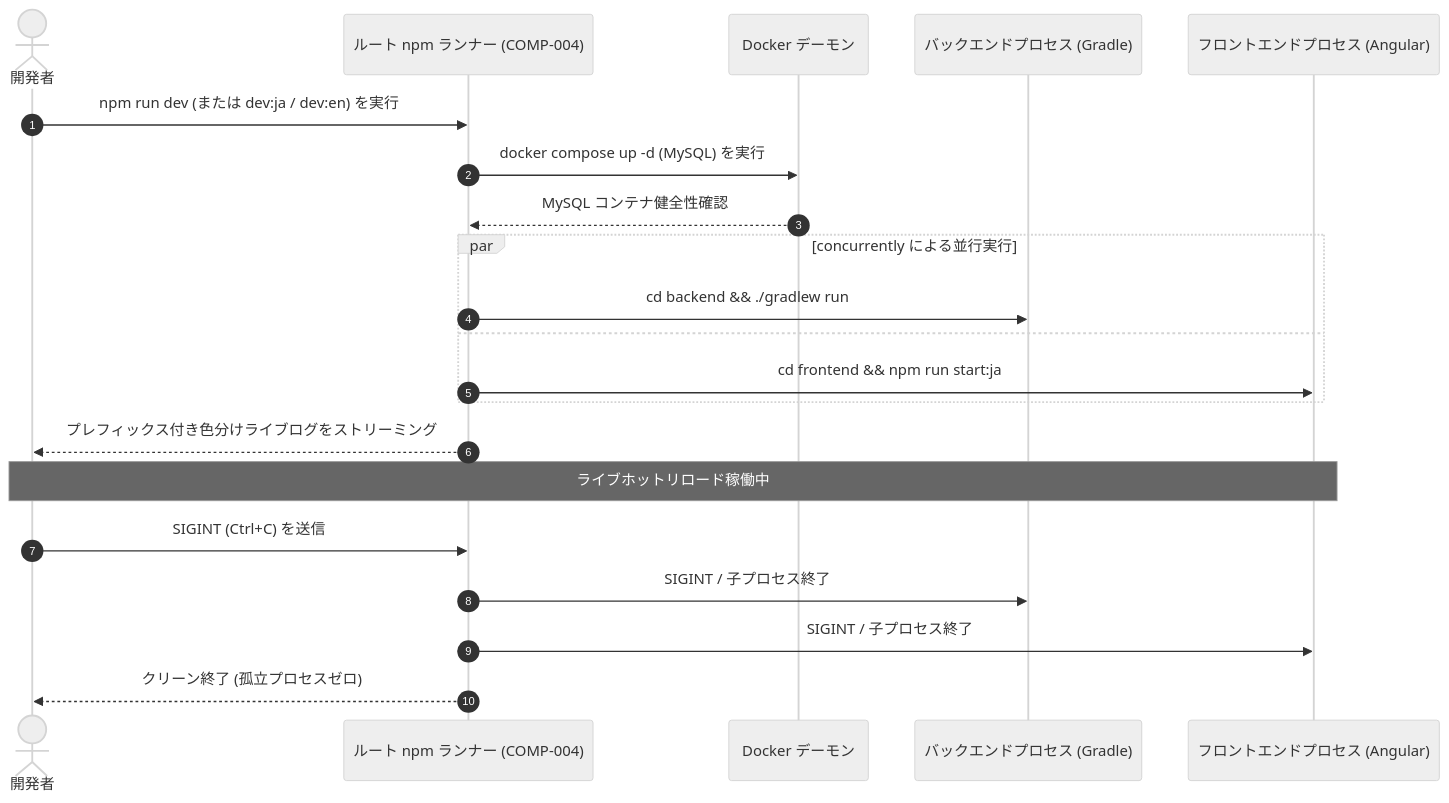
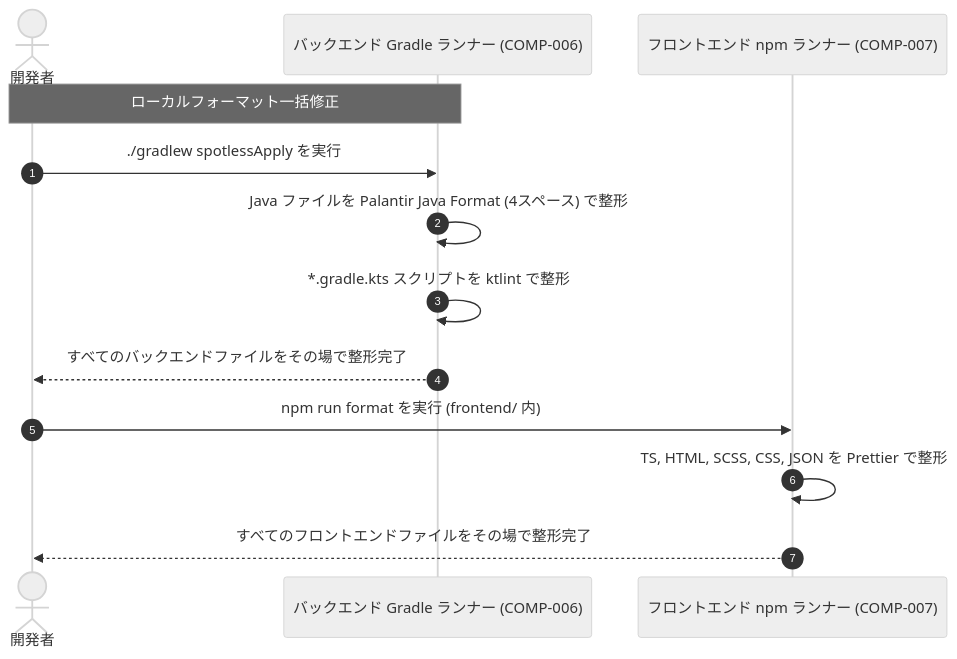
One commit to green-tea-stalk/swe-workflow-playground changed the third of 3 diagrams in docs/specs/ci-and-repo-automation/design.ja.md. Above: the diagram before and after it, drawn with Mermaid (neutral theme). The commit also changed other lines of this file and 5 other files, not shown here.

````diff
--- a/docs/specs/ci-and-repo-automation/design.ja.md
+++ b/docs/specs/ci-and-repo-automation/design.ja.md
@@ -96,24 +117,17 @@
 ```mermaid
 sequenceDiagram
     autonumber
     actor Dev as 開発者
-    participant Orchestrator as ルート npm ランナー (COMP-004)
-    participant Docker as Docker デーモン
-    participant Backend as バックエンドプロセス (Gradle)
-    participant Frontend as フロントエンドプロセス (Angular)
+    participant BackendCLI as バックエンド Gradle ランナー (COMP-006)
+    participant FrontendCLI as フロントエンド npm ランナー (COMP-007)
 
-    Dev->>Orchestrator: npm run dev (または dev:ja / dev:en) を実行
-    Orchestrator->>Docker: docker compose up -d (MySQL) を実行
-    Docker-->>Orchestrator: MySQL コンテナ健全性確認
-    par concurrently による並行実行
-        Orchestrator->>Backend: cd backend && ./gradlew run
-    and
-        Orchestrator->>Frontend: cd frontend && npm run start:ja
-    end
-    Orchestrator-->>Dev: プレフィックス付き色分けライブログをストリーミング
-    Note over Dev,Frontend: ライブホットリロード稼働中
-    Dev->>Orchestrator: SIGINT (Ctrl+C) を送信
-    Orchestrator->>Backend: SIGINT / 子プロセス終了
-    Orchestrator->>Frontend: SIGINT / 子プロセス終了
-    Orchestrator-->>Dev: クリーン終了 (孤立プロセスゼロ)
+    Note over Dev,BackendCLI: ローカルフォーマット一括修正
+    Dev->>BackendCLI: ./gradlew spotlessApply を実行
+    BackendCLI->>BackendCLI: Java ファイルを Palantir Java Format (4スペース) で整形
+    BackendCLI->>BackendCLI: *.gradle.kts スクリプトを ktlint で整形
+    BackendCLI-->>Dev: すべてのバックエンドファイルをその場で整形完了
+
+    Dev->>FrontendCLI: npm run format を実行 (frontend/ 内)
+    FrontendCLI->>FrontendCLI: TS, HTML, SCSS, CSS, JSON を Prettier で整形
+    FrontendCLI-->>Dev: すべてのフロントエンドファイルをその場で整形完了
 ```
````
